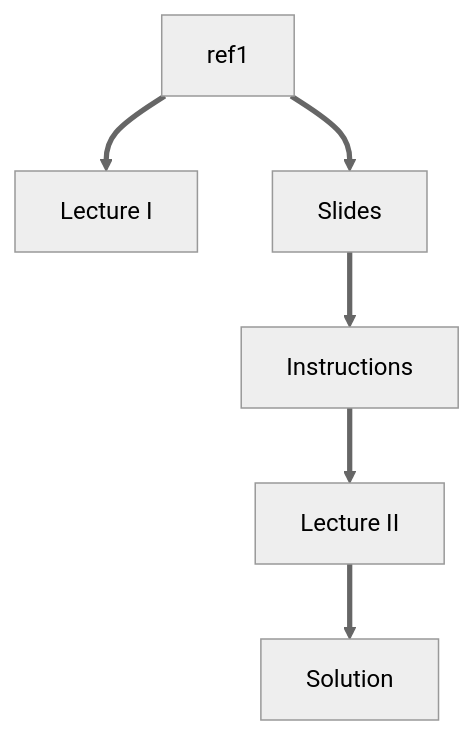
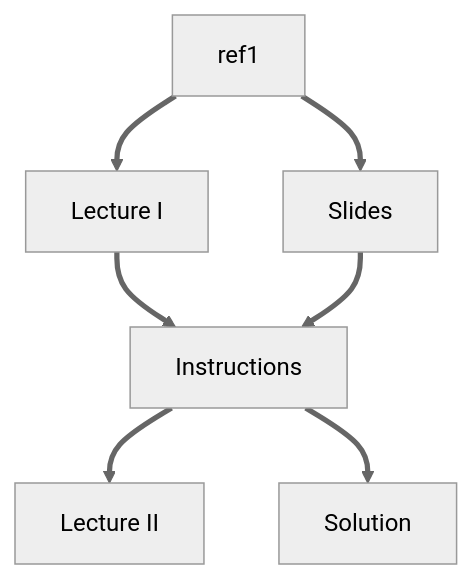
Before and after one commit to valsson-group/masterclass-22-11: the diagram in NAVIGATION.md, drawn with Mermaid (neutral theme). The commit also changed other lines of this file, not shown here.

````diff
--- a/NAVIGATION.md
+++ b/NAVIGATION.md
@@ -14,14 +16,15 @@
 ```mermaid
 flowchart TB;
   A[ref1] ==> B[Lecture I];
   A ==> C[Slides];
+  B ==> D[Instructions];
   C ==> D[Instructions];
   D ==> E[Lecture II];
-  E ==> F[Solution];
+  D ==> F[Solution];
   click A "ref1" "Instructions for how to install the version of PLUMED that you will need for this exercise";
   click B "video1" "A video lecture that was given on July 4st 2022 to cover the background behind Variationally Enhanced Sampling";
   click C "Slides/PLUMED-Masterclass-22-11-July4-2022.pdf" "The slides from the first video lecture";
   click D "INSTRUCTIONS.md" "The instructions for the exercises";
   click E "video2" "A lecture that was given on July 11th 2022 as part of the plumed masterclass series that goes through the solutions to the exercises in the lesson";
   click F "Solutions-July11-2022/Analysis_Solutions-July11-2022.ipynb" "A python notebook that contains a full set of solutions to the exercises that are discussed in the masterclass.  This notebook is the one that was edited during the second video lecture of the masterclass";
 ```
````
